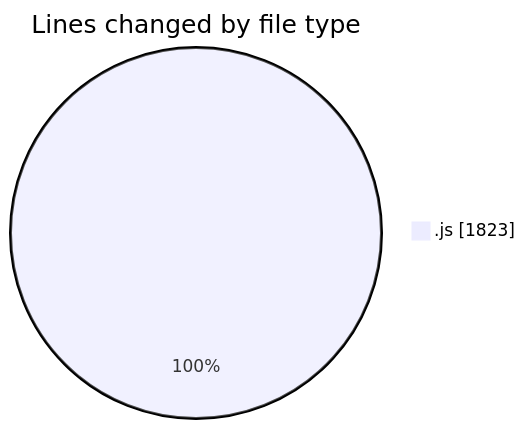
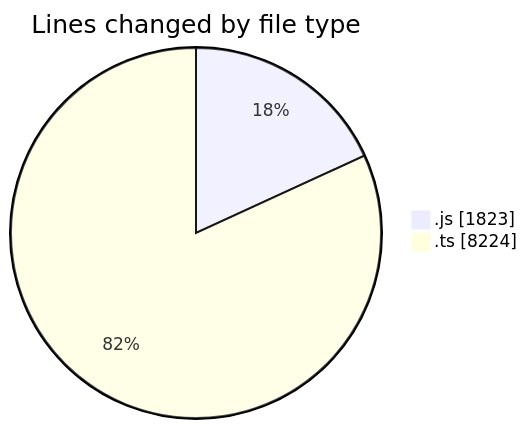
The first of 2 diagrams in 2026-04-08/cda/README.md (momahboobian/code-tracking), drawn with Mermaid before and after one commit. The commit also changed other lines of this file and 1 other file, not shown here.

````diff
--- a/2026-04-08/cda/README.md
+++ b/2026-04-08/cda/README.md
@@ -23,5 +25,6 @@
 ```mermaid
 pie showData
 title Lines changed by file type
 ".js" : 1823
+".ts" : 8224
 ```
````
